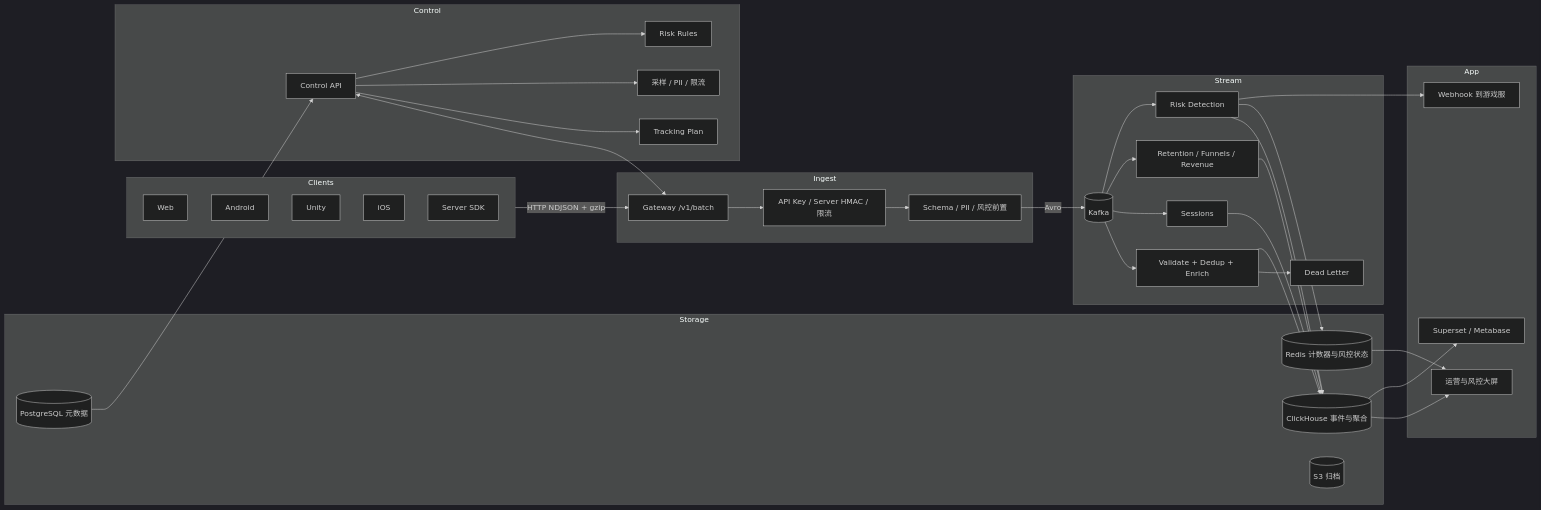
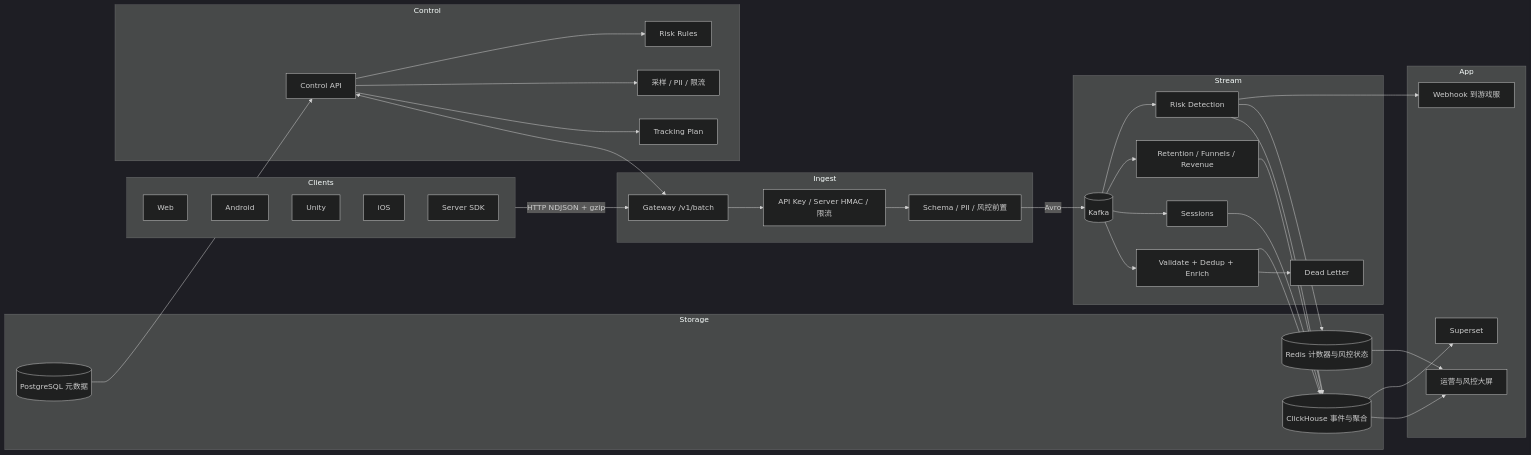
One commit to cuihairu/oddsmaker changed the diagram in docs/zh/reference/architecture.md. Above: the diagram before and after it, drawn with Mermaid (dark theme). The commit also changed other lines of this file and 50 other files, not shown here.

````diff
--- a/docs/zh/reference/architecture.md
+++ b/docs/zh/reference/architecture.md
@@ -7,69 +7,68 @@
 ```mermaid
 flowchart LR
   subgraph Clients
     W[Web]
     A[Android]
     U[Unity]
     I[iOS]
     S[Server SDK]
   end
 
   subgraph Ingest
     GW[Gateway /v1/batch]
     AUTH[API Key / Server HMAC / 限流]
     PRE[Schema / PII / 风控前置]
   end
 
   subgraph Stream
     K[(Kafka)]
     V[Validate + Dedup + Enrich]
     SS[Sessions]
     AGG[Retention / Funnels / Revenue]
     RISK[Risk Detection]
     DLQ[Dead Letter]
   end
 
   subgraph Storage
     PG[(PostgreSQL 元数据)]
     CH[(ClickHouse 事件与聚合)]
     REDIS[(Redis 计数器与风控状态)]
-    S3[(S3 归档)]
   end
 
   subgraph Control
     API[Control API]
     TP[Tracking Plan]
     CFG[采样 / PII / 限流]
     RP[Risk Rules]
   end
 
   subgraph App
     DASH[运营与风控大屏]
-    BI[Superset / Metabase]
+    BI[Superset]
     WEBHOOK[Webhook 到游戏服]
   end
 
   Clients -->|HTTP NDJSON + gzip| GW
   GW --> AUTH
   AUTH --> PRE
   PRE -->|Avro| K
   K --> V
   V --> DLQ
   V --> CH
   K --> SS
   K --> AGG
   K --> RISK
   SS --> CH
   AGG --> CH
   RISK --> CH
   RISK --> REDIS
   RISK --> WEBHOOK
   API <--> GW
   API --> TP
   API --> CFG
   API --> RP
   PG --> API
   CH --> DASH
   CH --> BI
   REDIS --> DASH
 ```
````
